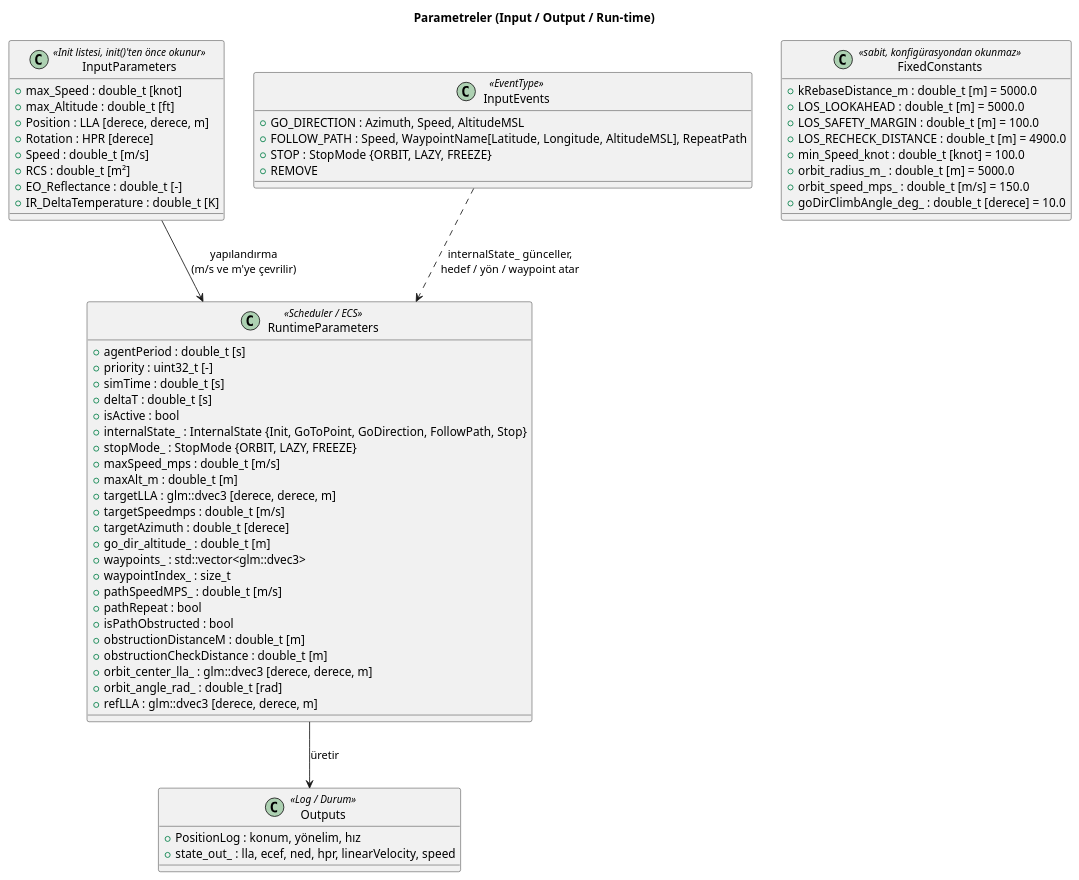
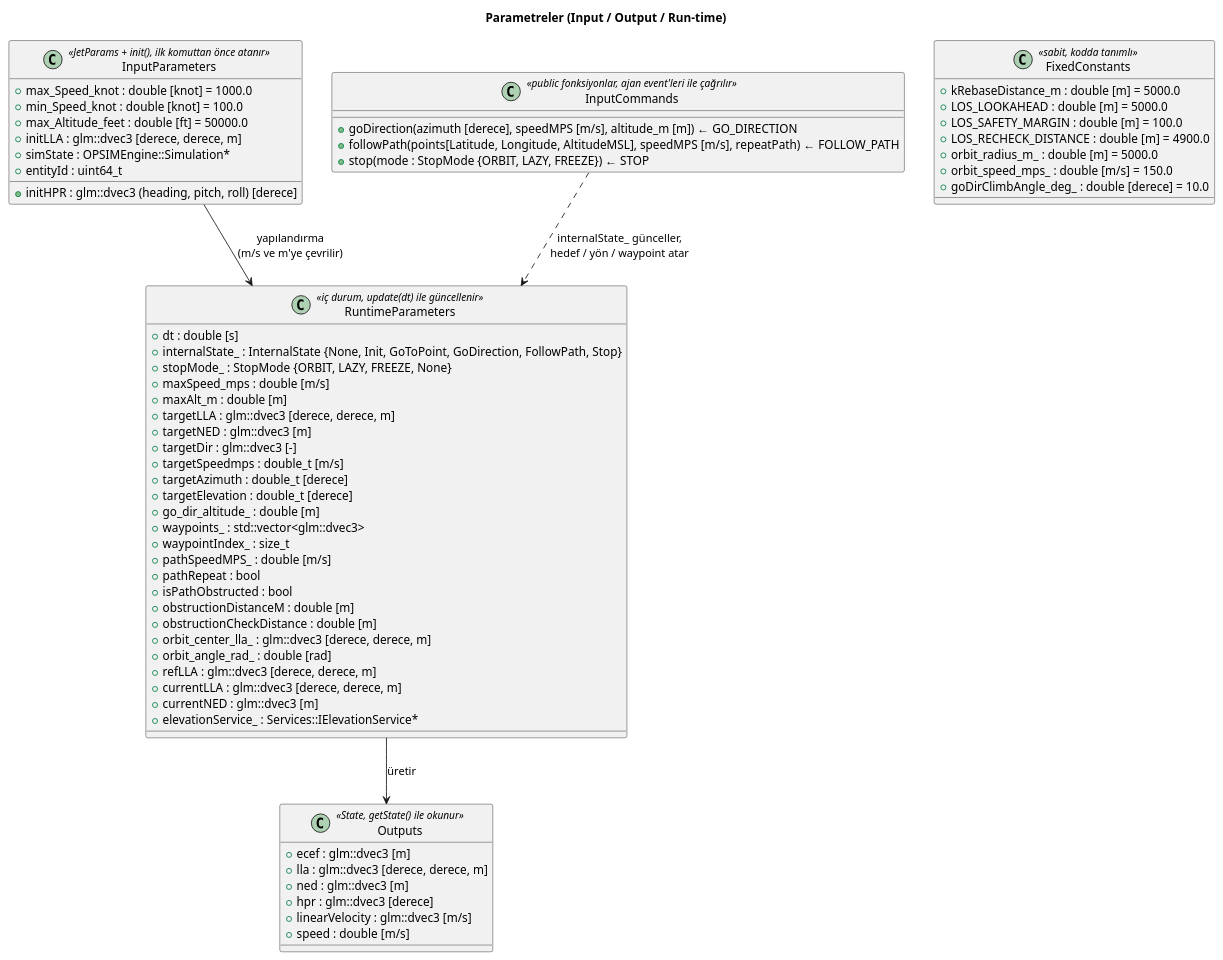
The diagram in parametreler.puml (ahmetyasinkirmizigul/github-slideshow), drawn with PlantUML before and after one commit.

Commit message:
Scope parameters diagram to ModelFixedWingJetImp_Low
Claude-Session: https://claude.ai/code/session_01RwUP9hYG6dbgFx19esnsqP

```diff
--- a/parametreler.puml
+++ b/parametreler.puml
@@ -1,68 +1,71 @@
 @startuml
 title Parametreler (Input / Output / Run-time)
 
-class InputParameters <<Init listesi, init()'ten önce okunur>> {
-  + max_Speed : double_t [knot]
-  + max_Altitude : double_t [ft]
-  + Position : LLA [derece, derece, m]
-  + Rotation : HPR [derece]
-  + Speed : double_t [m/s]
-  + RCS : double_t [m²]
-  + EO_Reflectance : double_t [-]
-  + IR_DeltaTemperature : double_t [K]
+class InputParameters <<JetParams + init(), ilk komuttan önce atanır>> {
+  + max_Speed_knot : double [knot] = 1000.0
+  + min_Speed_knot : double [knot] = 100.0
+  + max_Altitude_feet : double [ft] = 50000.0
+  + initLLA : glm::dvec3 [derece, derece, m]
+  + initHPR : glm::dvec3 (heading, pitch, roll) [derece]
+  + simState : OPSIMEngine::Simulation*
+  + entityId : uint64_t
 }
 
-class InputEvents <<EventType>> {
-  + GO_DIRECTION : Azimuth, Speed, AltitudeMSL
-  + FOLLOW_PATH : Speed, WaypointName[Latitude, Longitude, AltitudeMSL], RepeatPath
-  + STOP : StopMode {ORBIT, LAZY, FREEZE}
-  + REMOVE
+class InputCommands <<public fonksiyonlar, ajan event'leri ile çağrılır>> {
+  + goDirection(azimuth [derece], speedMPS [m/s], altitude_m [m]) ← GO_DIRECTION
+  + followPath(points[Latitude, Longitude, AltitudeMSL], speedMPS [m/s], repeatPath) ← FOLLOW_PATH
+  + stop(mode : StopMode {ORBIT, LAZY, FREEZE}) ← STOP
 }
 
-class FixedConstants <<sabit, konfigürasyondan okunmaz>> {
-  + kRebaseDistance_m : double_t [m] = 5000.0
-  + LOS_LOOKAHEAD : double_t [m] = 5000.0
-  + LOS_SAFETY_MARGIN : double_t [m] = 100.0
-  + LOS_RECHECK_DISTANCE : double_t [m] = 4900.0
-  + min_Speed_knot : double_t [knot] = 100.0
-  + orbit_radius_m_ : double_t [m] = 5000.0
-  + orbit_speed_mps_ : double_t [m/s] = 150.0
-  + goDirClimbAngle_deg_ : double_t [derece] = 10.0
+class FixedConstants <<sabit, kodda tanımlı>> {
+  + kRebaseDistance_m : double [m] = 5000.0
+  + LOS_LOOKAHEAD : double [m] = 5000.0
+  + LOS_SAFETY_MARGIN : double [m] = 100.0
+  + LOS_RECHECK_DISTANCE : double [m] = 4900.0
+  + orbit_radius_m_ : double [m] = 5000.0
+  + orbit_speed_mps_ : double [m/s] = 150.0
+  + goDirClimbAngle_deg_ : double [derece] = 10.0
 }
 
-class RuntimeParameters <<Scheduler / ECS>> {
-  + agentPeriod : double_t [s]
-  + priority : uint32_t [-]
-  + simTime : double_t [s]
-  + deltaT : double_t [s]
-  + isActive : bool
-  + internalState_ : InternalState {Init, GoToPoint, GoDirection, FollowPath, Stop}
-  + stopMode_ : StopMode {ORBIT, LAZY, FREEZE}
-  + maxSpeed_mps : double_t [m/s]
-  + maxAlt_m : double_t [m]
+class RuntimeParameters <<iç durum, update(dt) ile güncellenir>> {
+  + dt : double [s]
+  + internalState_ : InternalState {None, Init, GoToPoint, GoDirection, FollowPath, Stop}
+  + stopMode_ : StopMode {ORBIT, LAZY, FREEZE, None}
+  + maxSpeed_mps : double [m/s]
+  + maxAlt_m : double [m]
   + targetLLA : glm::dvec3 [derece, derece, m]
+  + targetNED : glm::dvec3 [m]
+  + targetDir : glm::dvec3 [-]
   + targetSpeedmps : double_t [m/s]
   + targetAzimuth : double_t [derece]
-  + go_dir_altitude_ : double_t [m]
+  + targetElevation : double_t [derece]
+  + go_dir_altitude_ : double [m]
   + waypoints_ : std::vector<glm::dvec3>
   + waypointIndex_ : size_t
-  + pathSpeedMPS_ : double_t [m/s]
+  + pathSpeedMPS_ : double [m/s]
   + pathRepeat : bool
   + isPathObstructed : bool
-  + obstructionDistanceM : double_t [m]
-  + obstructionCheckDistance : double_t [m]
+  + obstructionDistanceM : double [m]
+  + obstructionCheckDistance : double [m]
   + orbit_center_lla_ : glm::dvec3 [derece, derece, m]
-  + orbit_angle_rad_ : double_t [rad]
+  + orbit_angle_rad_ : double [rad]
   + refLLA : glm::dvec3 [derece, derece, m]
+  + currentLLA : glm::dvec3 [derece, derece, m]
+  + currentNED : glm::dvec3 [m]
+  + elevationService_ : Services::IElevationService*
 }
 
-class Outputs <<Log / Durum>> {
-  + PositionLog : konum, yönelim, hız
-  + state_out_ : lla, ecef, ned, hpr, linearVelocity, speed
+class Outputs <<State, getState() ile okunur>> {
+  + ecef : glm::dvec3 [m]
+  + lla : glm::dvec3 [derece, derece, m]
+  + ned : glm::dvec3 [m]
+  + hpr : glm::dvec3 [derece]
+  + linearVelocity : glm::dvec3 [m/s]
+  + speed : double [m/s]
 }
 
 InputParameters --> RuntimeParameters : yapılandırma\n(m/s ve m'ye çevrilir)
-InputEvents ..> RuntimeParameters : internalState_ günceller,\nhedef / yön / waypoint atar
+InputCommands ..> RuntimeParameters : internalState_ günceller,\nhedef / yön / waypoint atar
 RuntimeParameters --> Outputs : üretir
 
 @enduml
```
